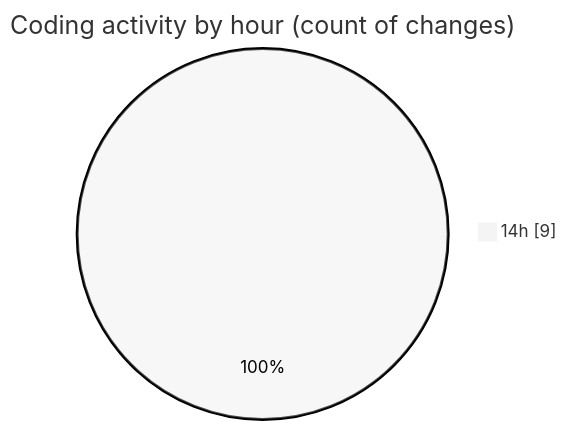
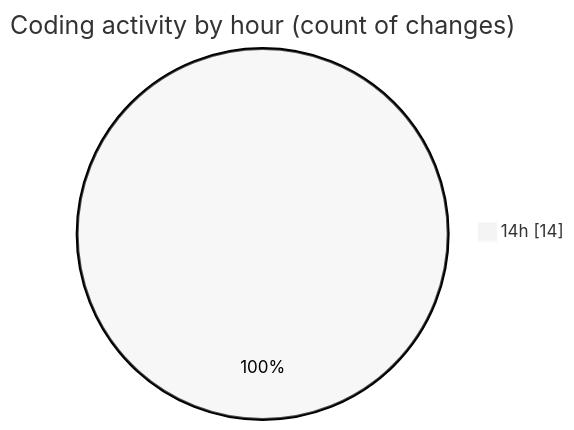
The second of 2 diagrams in 2025-09-12/hiai-phf/README.md (lephambinh05/code-tracking), drawn with Mermaid (neutral theme) before and after one commit. The commit also changed other lines of this file and 1 other file, not shown here.

````diff
--- a/2025-09-12/hiai-phf/README.md
+++ b/2025-09-12/hiai-phf/README.md
@@ -35,5 +35,5 @@
 ```mermaid
 pie showData
 title Coding activity by hour (count of changes)
-"14h" : 9
+"14h" : 14
 ```
````
